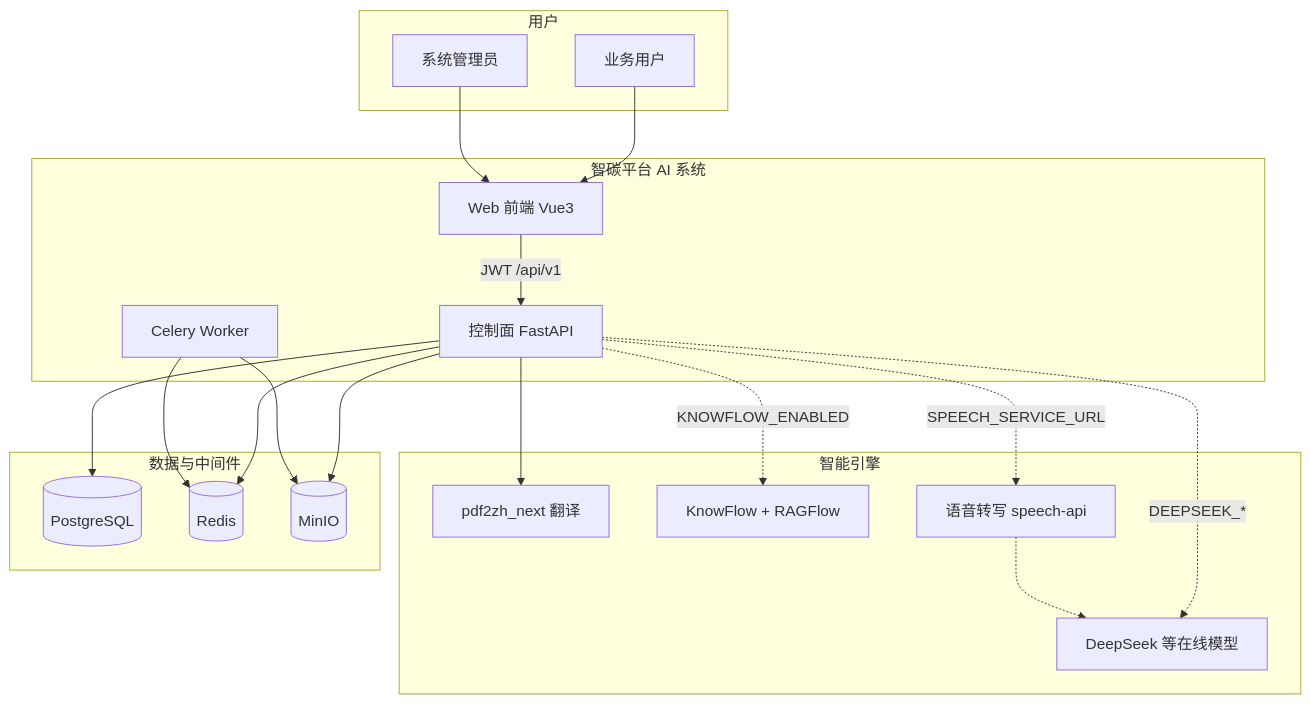
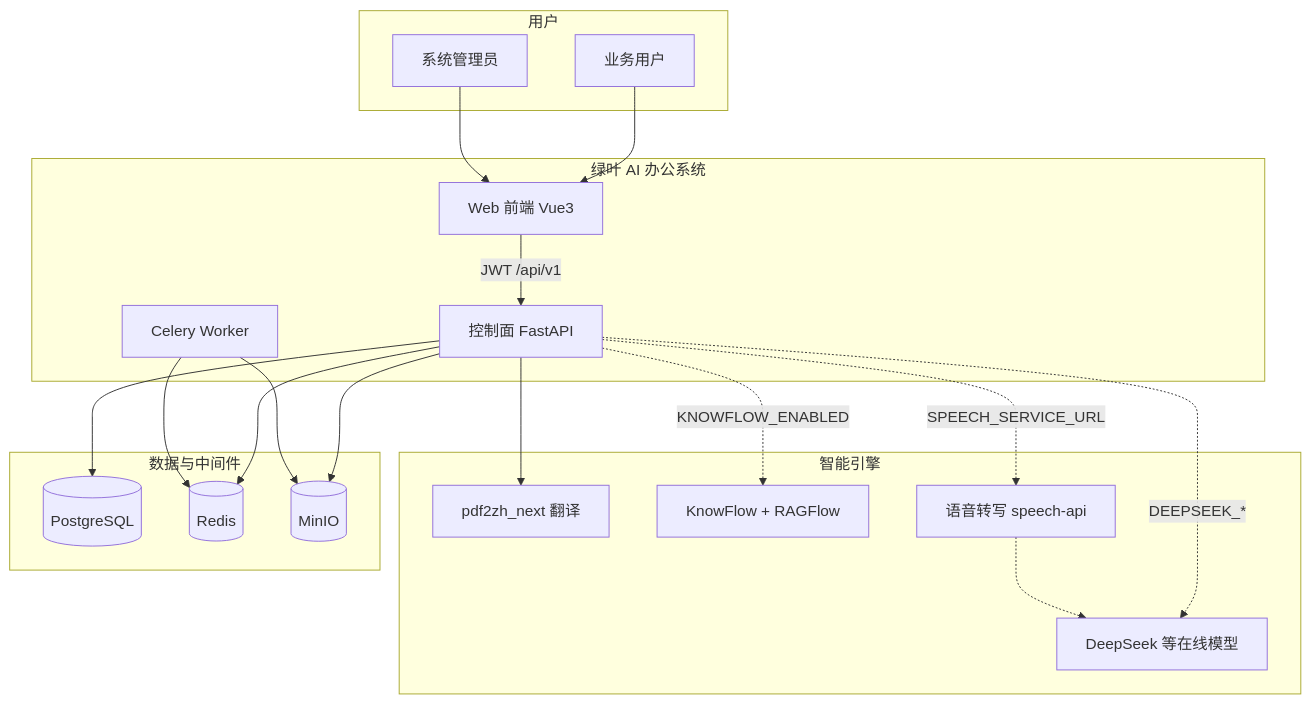
Before and after one commit to zhibinQiu/benxi: the first of 16 diagrams in docs/zh/development/system-architecture-overview.md, drawn with Mermaid. The commit also changed other lines of this file and 145 other files, not shown here.

````diff
--- a/docs/zh/development/system-architecture-overview.md
+++ b/docs/zh/development/system-architecture-overview.md
@@ -25,40 +25,40 @@
 ```mermaid
 flowchart TB
   subgraph users [用户]
     U1[业务用户]
     U2[系统管理员]
   end
 
-  subgraph system [智碳平台 AI 系统]
+  subgraph system [绿叶 AI 办公系统]
     FE[Web 前端 Vue3]
     API[控制面 FastAPI]
     WRK[Celery Worker]
   end
 
   subgraph engines [智能引擎]
     PDF[pdf2zh_next 翻译]
     KF[KnowFlow + RAGFlow]
     SP[语音转写 speech-api]
     LLM[DeepSeek 等在线模型]
   end
 
   subgraph data [数据与中间件]
     PG[(PostgreSQL)]
     RD[(Redis)]
     MN[(MinIO)]
   end
 
   U1 --> FE
   U2 --> FE
   FE -->|JWT /api/v1| API
   API --> PG
   API --> RD
   API --> MN
   WRK --> RD
   WRK --> MN
   API --> PDF
   API -.->|KNOWFLOW_ENABLED| KF
   API -.->|SPEECH_SERVICE_URL| SP
   API -.->|DEEPSEEK_*| LLM
   SP -.-> LLM
 ```
````
